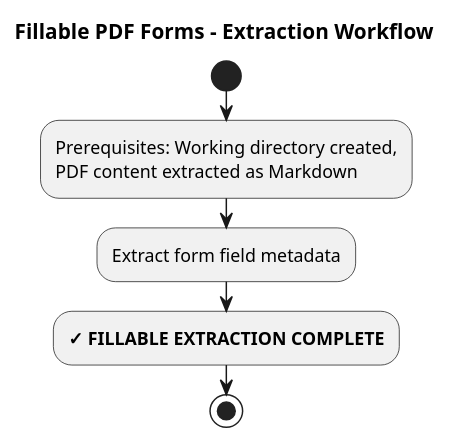
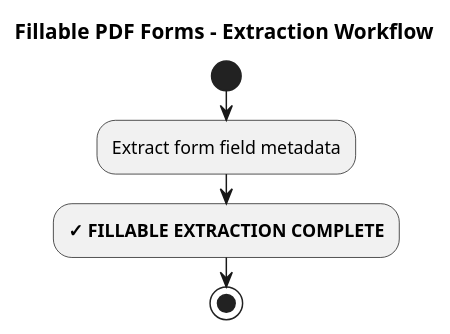
Before and after one commit to jhs/Chatfield: the diagram in Claude/filling-pdf-forms/skills/extracting-form-fields/references/fillable-forms.md, drawn with PlantUML.

Commit message:
Do not mention prerequisites

````diff
--- a/Claude/filling-pdf-forms/skills/extracting-form-fields/references/fillable-forms.md
+++ b/Claude/filling-pdf-forms/skills/extracting-form-fields/references/fillable-forms.md
@@ -7,11 +7,9 @@
 ```plantuml
 @startuml fillable-forms
 title Fillable PDF Forms - Extraction Workflow
 start
-:Prerequisites: Working directory created,
-PDF content extracted as Markdown;
 :Extract form field metadata;
 :**✓ FILLABLE EXTRACTION COMPLETE**;
 stop
 @enduml
 ```
````
